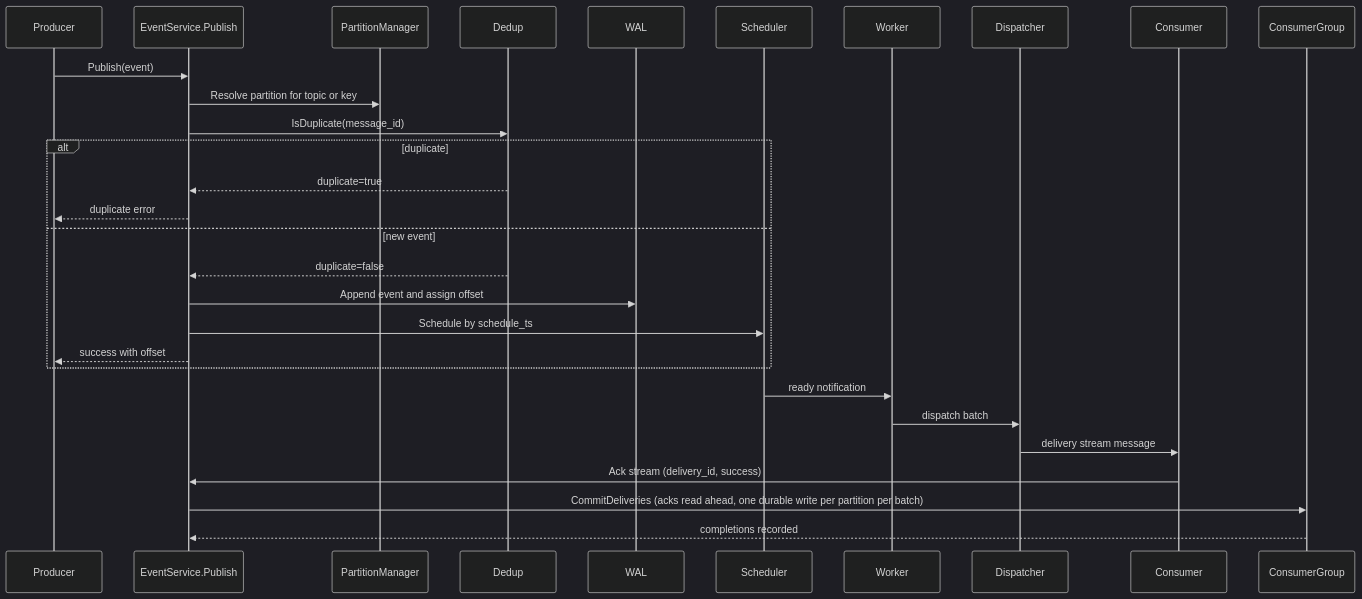
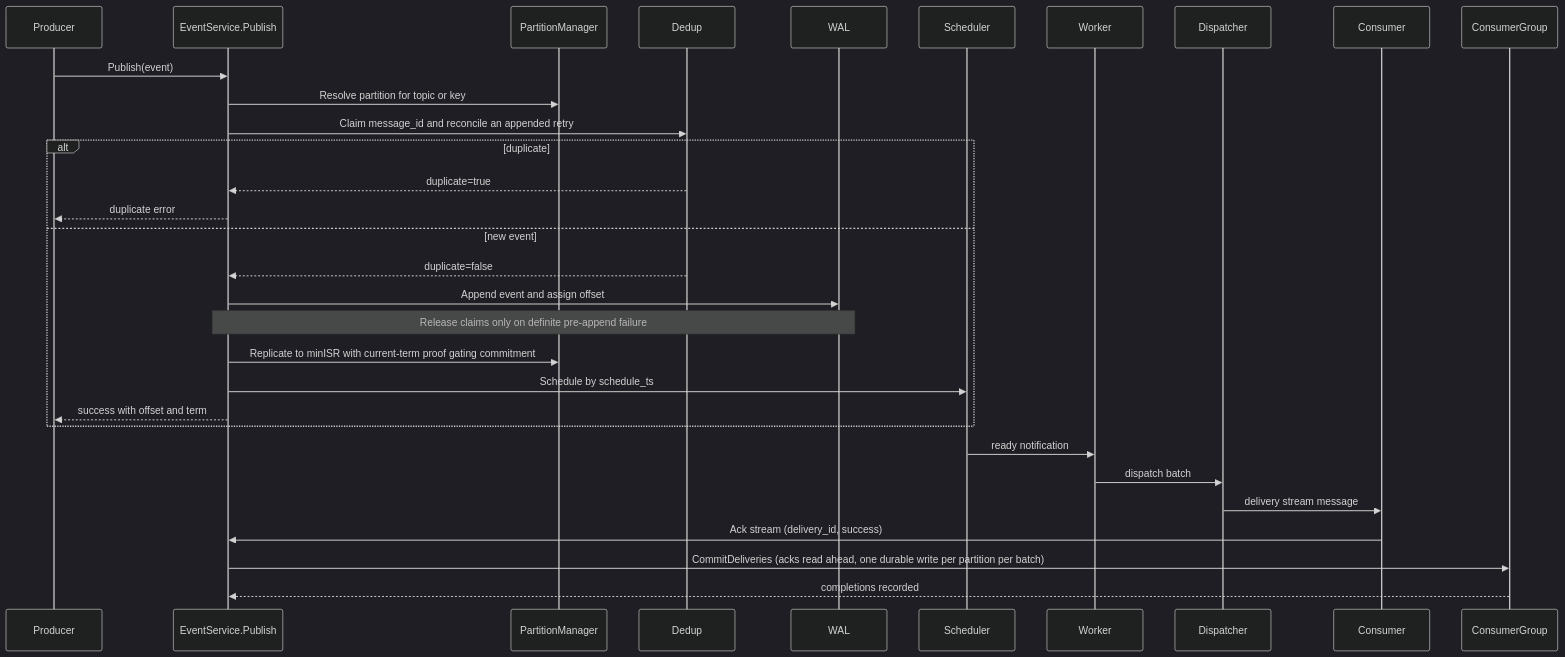
Before and after one commit to jatin711-debug/cronos_db_golang: the second of 7 diagrams in docs/DEVELOPER_ARCHITECTURE_GUIDE.md, drawn with Mermaid (dark theme). The commit also changed other lines of this file and 39 other files, not shown here.

````diff
--- a/docs/DEVELOPER_ARCHITECTURE_GUIDE.md
+++ b/docs/DEVELOPER_ARCHITECTURE_GUIDE.md
@@ -148,33 +154,35 @@
 ```mermaid
 sequenceDiagram
     participant Producer
     participant API as EventService.Publish
     participant PM as PartitionManager
     participant Dedup
     participant WAL
     participant Scheduler
     participant Worker
     participant Dispatcher
     participant Consumer
     participant Group as ConsumerGroup
 
     Producer->>API: Publish(event)
     API->>PM: Resolve partition for topic or key
-    API->>Dedup: IsDuplicate(message_id)
+    API->>Dedup: Claim message_id and reconcile an appended retry
     alt duplicate
       Dedup-->>API: duplicate=true
       API-->>Producer: duplicate error
     else new event
       Dedup-->>API: duplicate=false
       API->>WAL: Append event and assign offset
+      Note over API,WAL: Release claims only on definite pre-append failure
+      API->>PM: Replicate to minISR with current-term proof gating commitment
       API->>Scheduler: Schedule by schedule_ts
-      API-->>Producer: success with offset
+      API-->>Producer: success with offset and term
     end
 
     Scheduler->>Worker: ready notification
     Worker->>Dispatcher: dispatch batch
     Dispatcher->>Consumer: delivery stream message
     Consumer->>API: Ack stream (delivery_id, success)
     API->>Group: CommitDeliveries (acks read ahead, one durable write per partition per batch)
     Group-->>API: completions recorded
 ```
````
